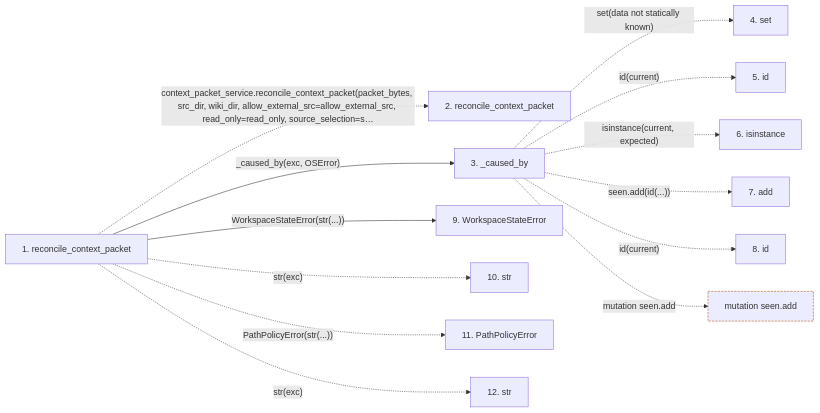
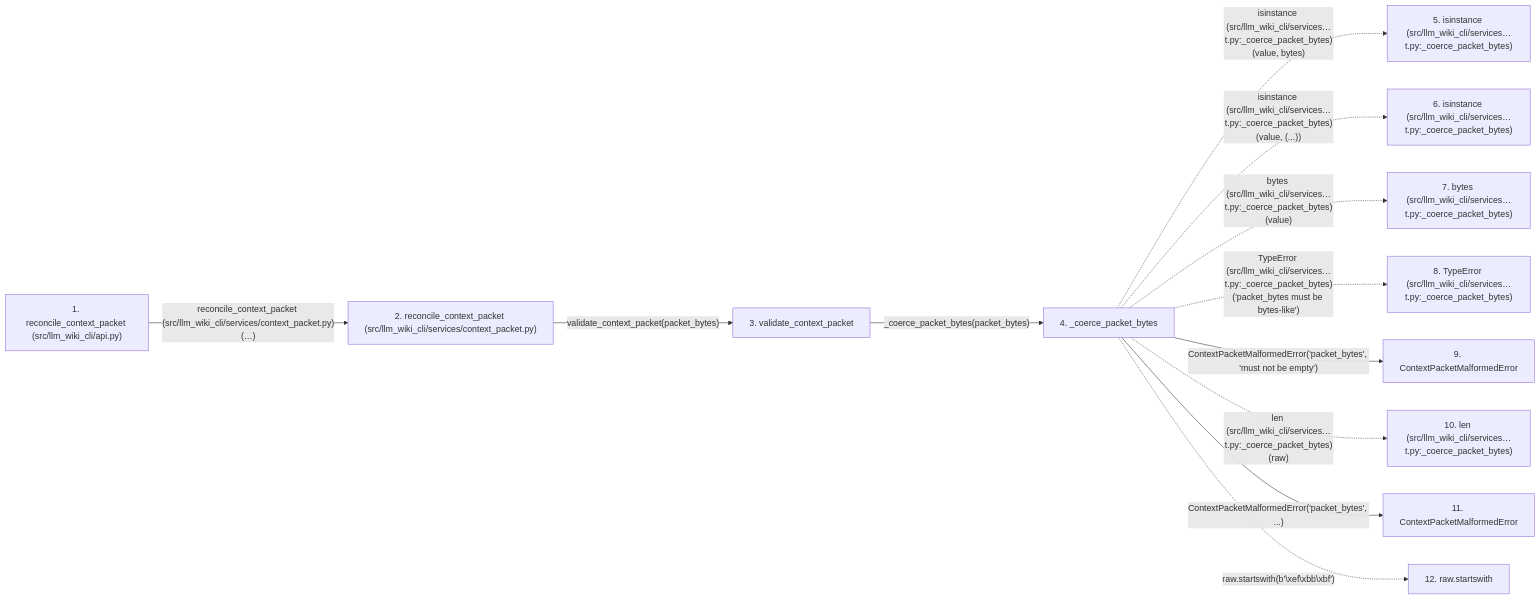
One commit to Denissvgn/python-wiki-llm changed the second of 2 diagrams in docs/llm_wiki/flows/api-reconcile_context_packet-api.md. Above: the diagram before and after it, drawn with Mermaid. The commit also changed other lines of this file and 719 other files, not shown here.

````diff
--- a/docs/llm_wiki/flows/api-reconcile_context_packet-api.md
+++ b/docs/llm_wiki/flows/api-reconcile_context_packet-api.md
@@ -50,33 +109,32 @@
 ```mermaid
 flowchart LR
-    s1["1. reconcile_context_packet"]
-    s2["2. reconcile_context_packet"]
-    s3["3. _caused_by"]
-    s4["4. set"]
-    s5["5. id"]
-    s6["6. isinstance"]
-    s7["7. add"]
-    s8["8. id"]
-    s9["9. WorkspaceStateError"]
-    s10["10. str"]
-    s11["11. PathPolicyError"]
-    s12["12. str"]
-    s1 -. "context_packet_service.reconcile_context_packet(packet_bytes, src_dir, wiki_dir, allow_external_src=allow_external_src, read_only=read_only, source_selection=s…" .-> s2
-    s1 -->|"_caused_by(exc, OSError)"| s3
-    s3 -. "set(data not statically known)" .-> s4
-    s3 -. "id(current)" .-> s5
-    s3 -. "isinstance(current, expected)" .-> s6
-    s3 -. "seen.add(id(...))" .-> s7
-    s3 -. "id(current)" .-> s8
-    s1 -->|"WorkspaceStateError(str(...))"| s9
-    s1 -. "str(exc)" .-> s10
-    s1 -. "PathPolicyError(str(...))" .-> s11
-    s1 -. "str(exc)" .-> s12
-    b0["mutation seen.add"]
-    s3 -. "mutation seen.add" .-> b0
+    s1["1. reconcile_context_packet (src/llm_wiki_cli/api.py)"]
+    s2["2. reconcile_context_packet (src/llm_wiki_cli/services/context_packet.py)"]
+    s3["3. validate_context_packet"]
+    s4["4. _coerce_packet_bytes"]
+    s5["5. isinstance (src/llm_wiki_cli/services…t.py:_coerce_packet_bytes)"]
+    s6["6. isinstance (src/llm_wiki_cli/services…t.py:_coerce_packet_bytes)"]
+    s7["7. bytes (src/llm_wiki_cli/services…t.py:_coerce_packet_bytes)"]
+    s8["8. TypeError (src/llm_wiki_cli/services…t.py:_coerce_packet_bytes)"]
+    s9["9. ContextPacketMalformedError"]
+    s10["10. len (src/llm_wiki_cli/services…t.py:_coerce_packet_bytes)"]
+    s11["11. ContextPacketMalformedError"]
+    s12["12. raw.startswith"]
+    s1 -->|"reconcile_context_packet (src/llm_wiki_cli/services/context_packet.py)(…)"| s2
+    s2 -->|"validate_context_packet(packet_bytes)"| s3
+    s3 -->|"_coerce_packet_bytes(packet_bytes)"| s4
+    s4 -. "isinstance (src/llm_wiki_cli/services…t.py:_coerce_packet_bytes)(value, bytes)" .-> s5
+    s4 -. "isinstance (src/llm_wiki_cli/services…t.py:_coerce_packet_bytes)(value, (...))" .-> s6
+    s4 -. "bytes (src/llm_wiki_cli/services…t.py:_coerce_packet_bytes)(value)" .-> s7
+    s4 -. "TypeError (src/llm_wiki_cli/services…t.py:_coerce_packet_bytes)('packet_bytes must be bytes-like')" .-> s8
+    s4 -->|"ContextPacketMalformedError('packet_bytes', 'must not be empty')"| s9
+    s4 -. "len (src/llm_wiki_cli/services…t.py:_coerce_packet_bytes)(raw)" .-> s10
+    s4 -->|"ContextPacketMalformedError('packet_bytes', ...)"| s11
+    s4 -. "raw.startswith(b'\xef\xbb\xbf')" .-> s12
     click s1 "../modules/api.md"
-    click s3 "../modules/api.md"
-    click s9 "../modules/api.md"
-    classDef boundary stroke:#b45309,stroke-dasharray: 4 2
-    class b0 boundary
+    click s2 "../modules/context_packet.md"
+    click s3 "../modules/context_packet.md"
+    click s4 "../modules/context_packet.md"
+    click s9 "../modules/context_packet.md"
+    click s11 "../modules/context_packet.md"
 ```
````
